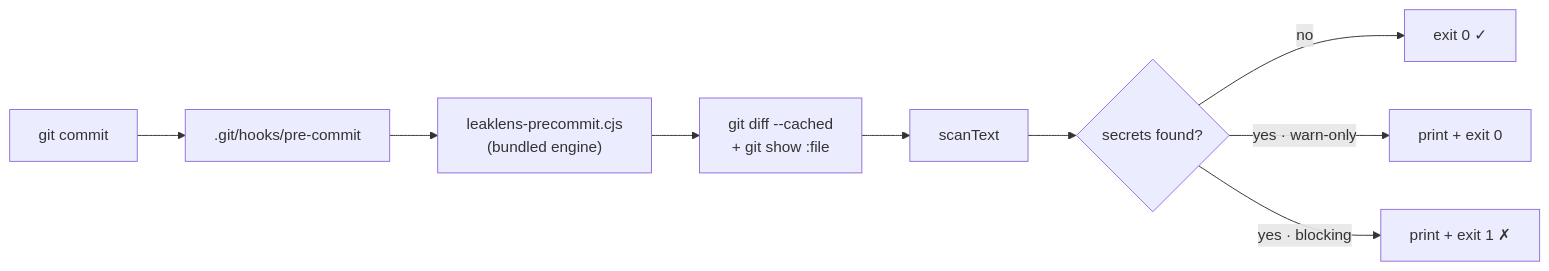
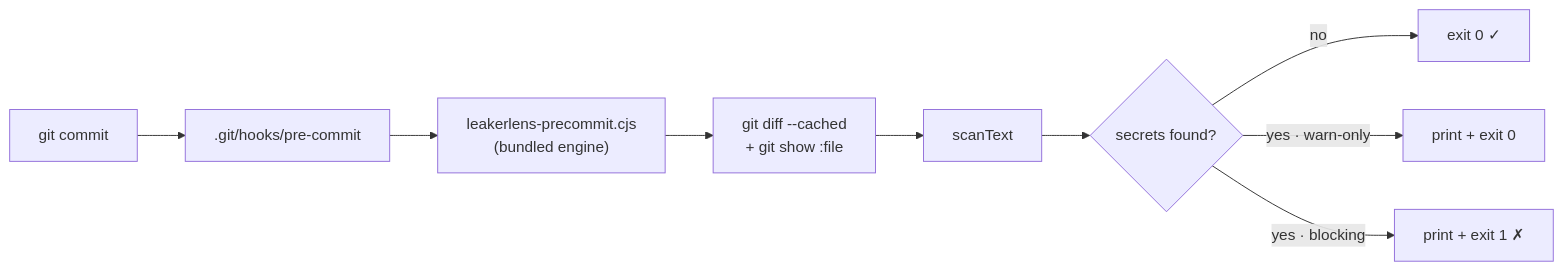
The fifth of 5 diagrams in Documentation/1.0.0/ARCHITECTURE.md (IvailoManolov/LeakerLens), drawn with Mermaid before and after one commit. The commit also changed other lines of this file and 47 other files, not shown here.

````diff
--- a/Documentation/1.0.0/ARCHITECTURE.md
+++ b/Documentation/1.0.0/ARCHITECTURE.md
@@ -138,11 +138,11 @@
 ```mermaid
 flowchart LR
   commit["git commit"] --> hook[".git/hooks/pre-commit"]
-  hook --> runner["leaklens-precommit.cjs\n(bundled engine)"]
+  hook --> runner["leakerlens-precommit.cjs\n(bundled engine)"]
   runner --> staged["git diff --cached\n+ git show :file"]
   staged --> scanText
   scanText --> verdict{secrets found?}
   verdict -- no --> ok["exit 0 ✓"]
   verdict -- "yes · warn-only" --> warn["print + exit 0"]
   verdict -- "yes · blocking" --> block["print + exit 1 ✗"]
 ```
````
